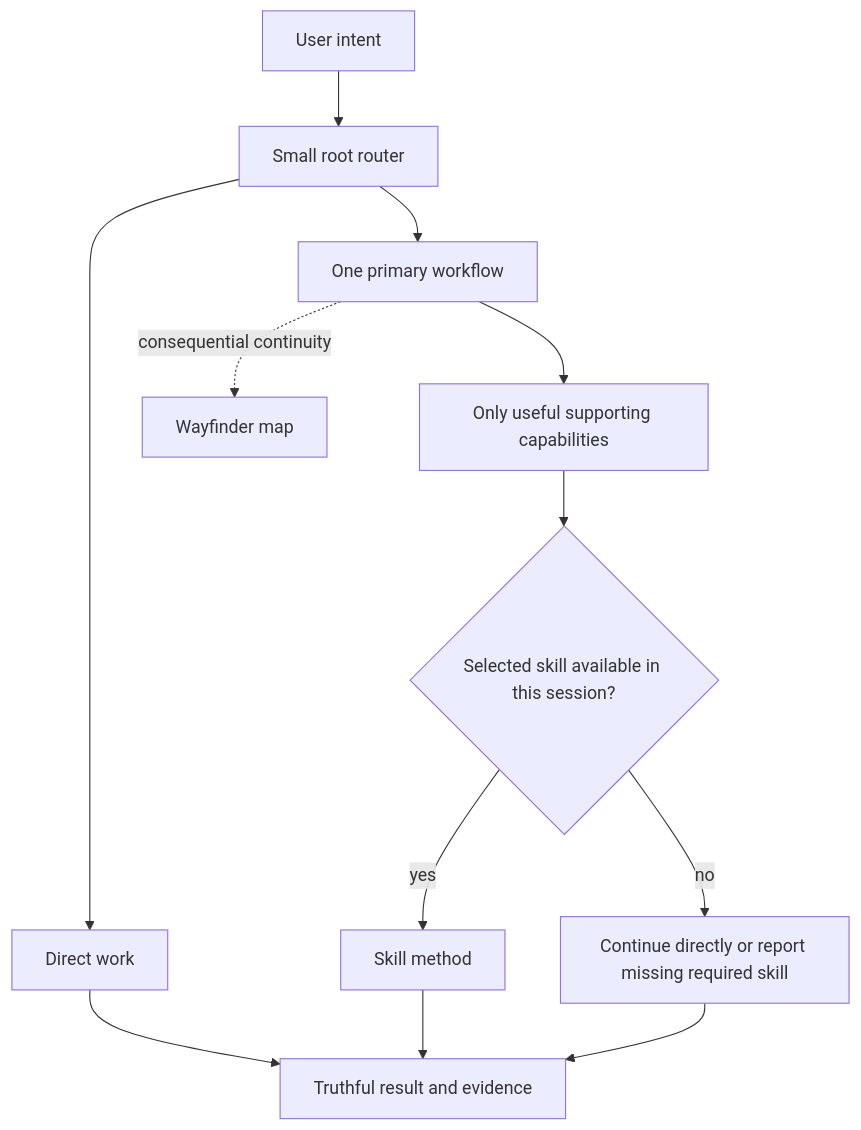
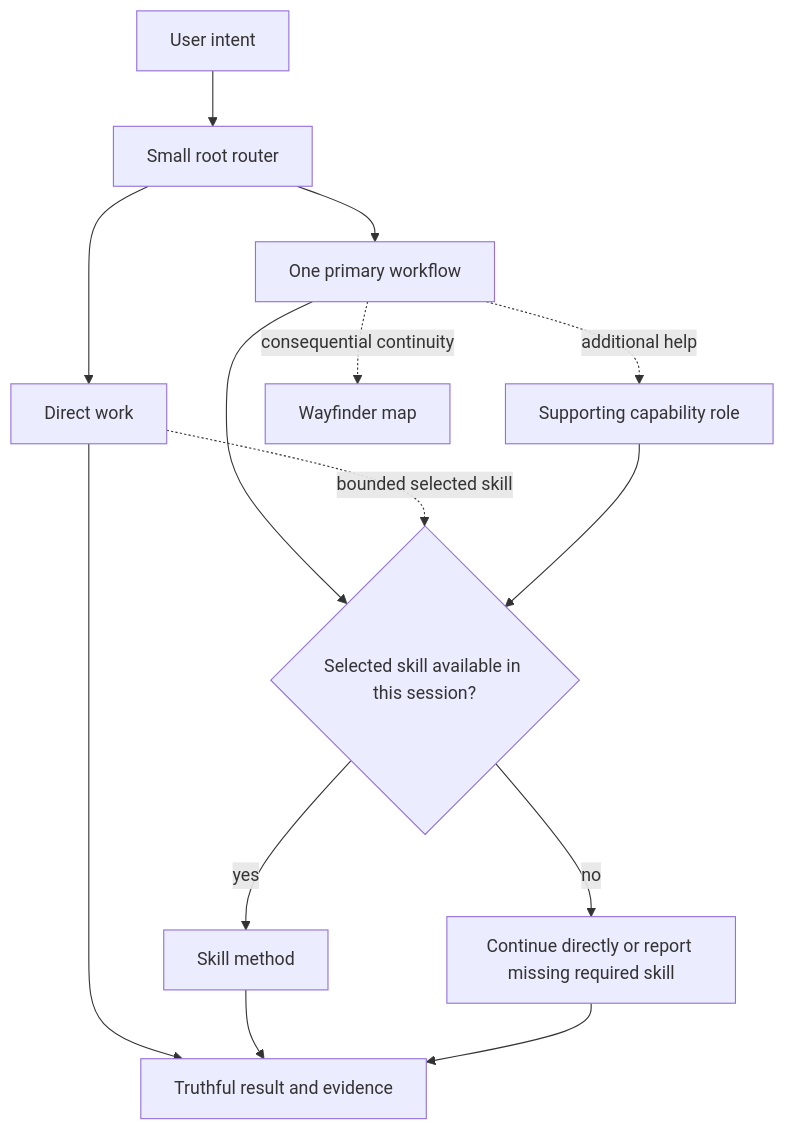
The diagram in docs/architecture.md (jimmfan/agentic-workflow), drawn with Mermaid before and after one commit. The commit also changed other lines of this file and 7 other files, not shown here.

````diff
--- a/docs/architecture.md
+++ b/docs/architecture.md
@@ -18,14 +18,16 @@
 ```mermaid
 flowchart TD
     request["User intent"] --> router["Small root router"]
     router --> direct["Direct work"]
     router --> workflow["One primary workflow"]
-    workflow --> capability["Only useful supporting capabilities"]
+    workflow --> skill
+    workflow -. additional help .-> capability["Supporting capability role"]
+    direct -. bounded selected skill .-> skill
     capability --> skill{"Selected skill available in this session?"}
     skill -->|yes| native["Skill method"]
     skill -->|no| fallback["Continue directly or report missing required skill"]
     direct --> evidence["Truthful result and evidence"]
     native --> evidence
     fallback --> evidence
     workflow -. consequential continuity .-> wayfinder["Wayfinder map"]
 ```
````
